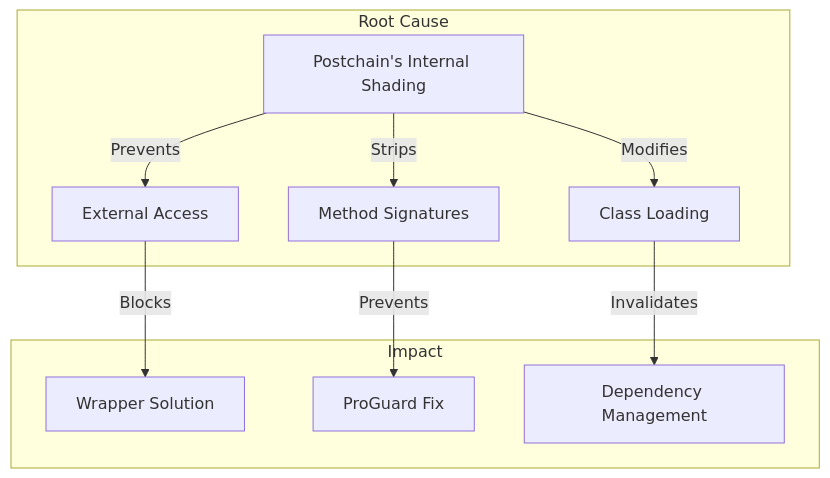
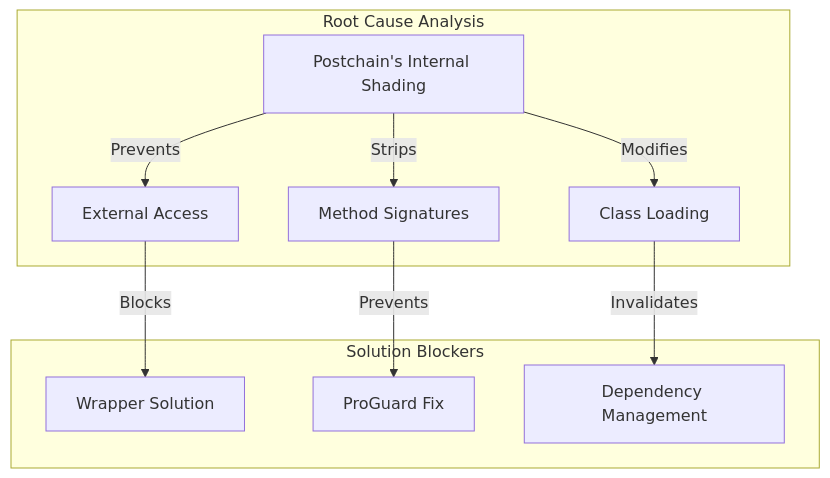
One commit to filiksyos/androidtodo changed the eighth of 8 diagrams in README.md. Above: the diagram before and after it, drawn with Mermaid. The commit also changed other lines of this file, not shown here.

````diff
--- a/README.md
+++ b/README.md
@@ -199,14 +627,14 @@
 ```mermaid
 graph TD
-    subgraph "Root Cause"
+    subgraph "Root Cause Analysis"
         A[Postchain's Internal Shading] -->|Prevents| B[External Access]
         A -->|Strips| C[Method Signatures]
         A -->|Modifies| D[Class Loading]
     end
 
-    subgraph "Impact"
+    subgraph "Solution Blockers"
         B -->|Blocks| E[Wrapper Solution]
         C -->|Prevents| F[ProGuard Fix]
         D -->|Invalidates| G[Dependency Management]
     end
 ```
````
